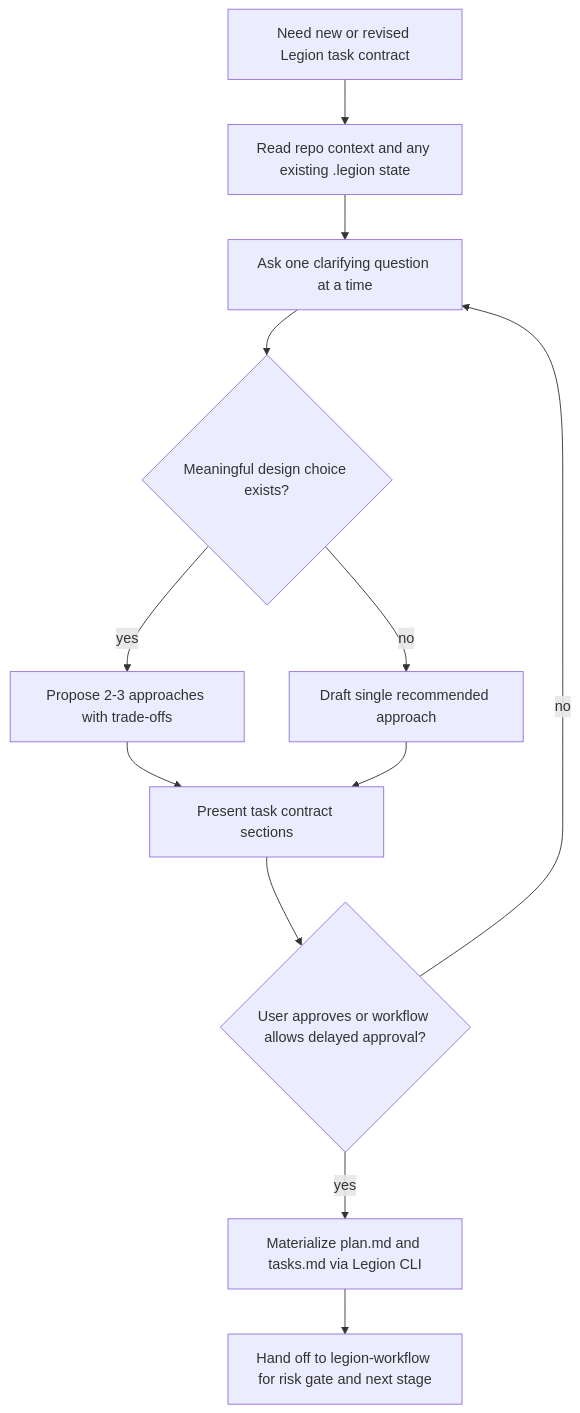
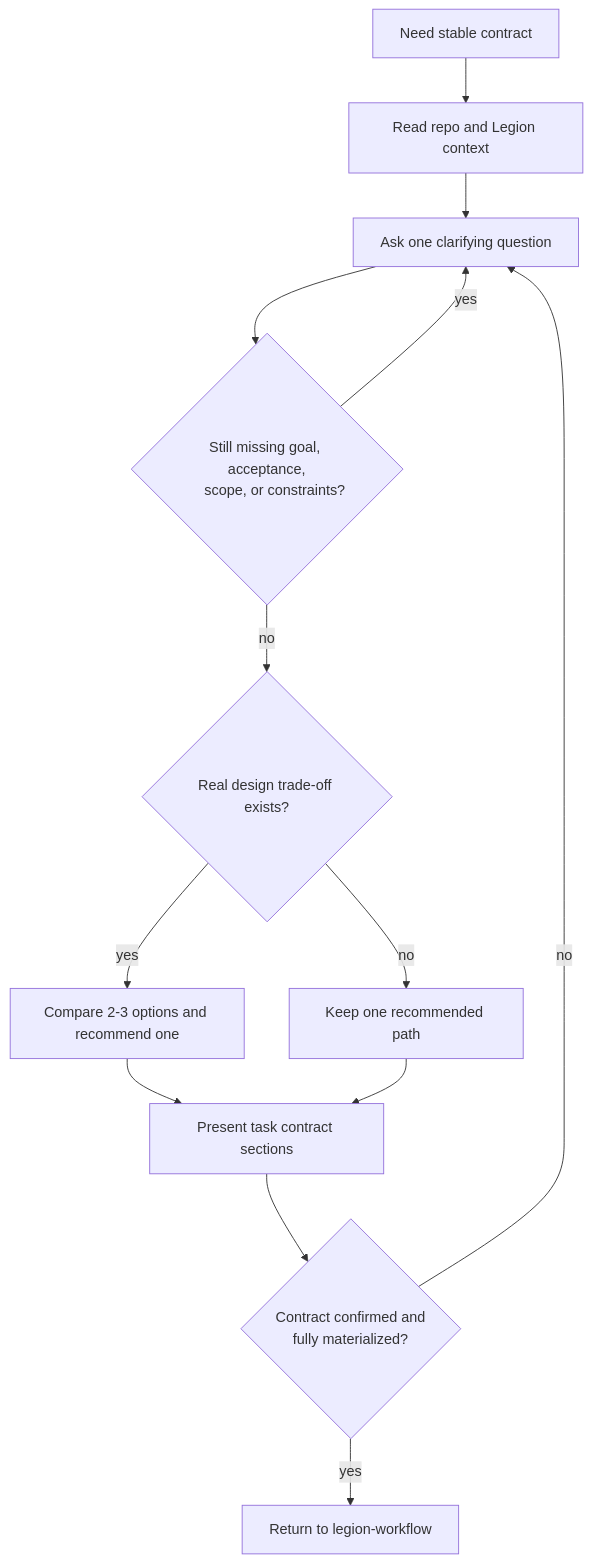
Before and after one commit to Thrimbda/legion-mind: the diagram in skills/brainstorm/SKILL.md, drawn with Mermaid. The commit also changed other lines of this file and 147 other files, not shown here.

````diff
--- a/skills/brainstorm/SKILL.md
+++ b/skills/brainstorm/SKILL.md
@@ -31,14 +36,17 @@
 ```mermaid
 flowchart TD
-    A[Need new or revised Legion task contract] --> B[Read repo context and any existing .legion state]
-    B --> C[Ask one clarifying question at a time]
-    C --> D{Meaningful design choice exists?}
-    D -- yes --> E[Propose 2-3 approaches with trade-offs]
-    D -- no --> F[Draft single recommended approach]
-    E --> G[Present task contract sections]
-    F --> G
-    G --> H{User approves or workflow allows delayed approval?}
-    H -- no --> C
-    H -- yes --> I[Materialize plan.md and tasks.md via Legion CLI]
-    I --> J[Hand off to legion-workflow for risk gate and next stage]
+    A[Need stable contract] --> B[Read repo and Legion context]
+    B --> C[Ask one clarifying question]
+    C --> D{Still missing goal, acceptance,
+    scope, or constraints?}
+    D -- yes --> C
+    D -- no --> E{Real design trade-off exists?}
+    E -- yes --> F[Compare 2-3 options and recommend one]
+    E -- no --> G[Keep one recommended path]
+    F --> H[Present task contract sections]
+    G --> H
+    H --> I{Contract confirmed and
+    fully materialized?}
+    I -- no --> C
+    I -- yes --> J[Return to legion-workflow]
 ```
````
